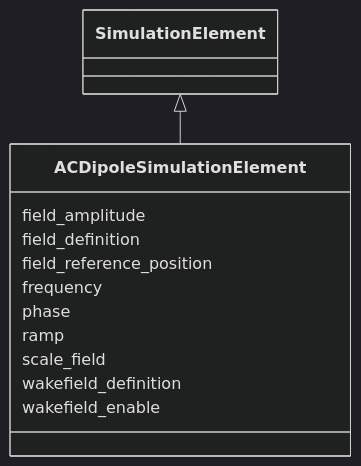
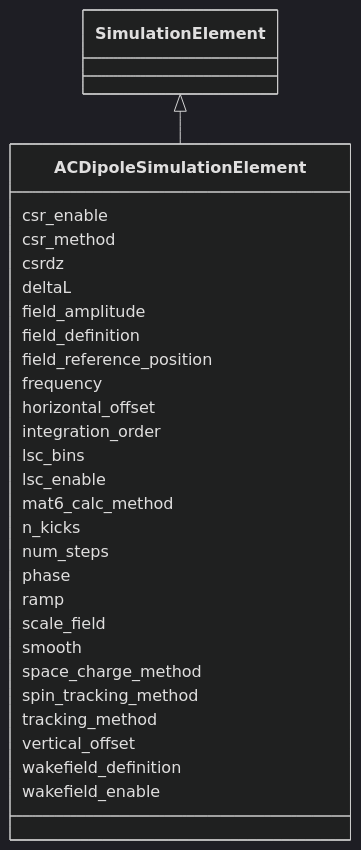
One commit to astec-stfc/laura changed the diagram in docs/source/schema/ACDipoleSimulationElement.md. Above: the diagram before and after it, drawn with Mermaid (dark theme). The commit also changed other lines of this file and 63 other files, not shown here.

Commit message:
updatedn schema to consolidate SimulationElement parameters that were shared among subclasses; implemented tracking methods for bmad

````diff
--- a/docs/source/schema/ACDipoleSimulationElement.md
+++ b/docs/source/schema/ACDipoleSimulationElement.md
@@ -18,27 +18,59 @@
 ```mermaid
  classDiagram
     class ACDipoleSimulationElement
     click ACDipoleSimulationElement href "../ACDipoleSimulationElement/"
       SimulationElement <|-- ACDipoleSimulationElement
         click SimulationElement href "../SimulationElement/"
-      
+
+      ACDipoleSimulationElement : csr_enable
+
+      ACDipoleSimulationElement : csr_method
+
+      ACDipoleSimulationElement : csrdz
+
+      ACDipoleSimulationElement : deltaL
+
       ACDipoleSimulationElement : field_amplitude
-        
+
       ACDipoleSimulationElement : field_definition
-        
+
       ACDipoleSimulationElement : field_reference_position
-        
+
       ACDipoleSimulationElement : frequency
-        
+
+      ACDipoleSimulationElement : horizontal_offset
+
+      ACDipoleSimulationElement : integration_order
+
+      ACDipoleSimulationElement : lsc_bins
+
+      ACDipoleSimulationElement : lsc_enable
+
+      ACDipoleSimulationElement : mat6_calc_method
+
+      ACDipoleSimulationElement : n_kicks
+
+      ACDipoleSimulationElement : num_steps
+
       ACDipoleSimulationElement : phase
-        
+
       ACDipoleSimulationElement : ramp
-        
+
       ACDipoleSimulationElement : scale_field
-        
+
+      ACDipoleSimulationElement : smooth
+
+      ACDipoleSimulationElement : space_charge_method
+
+      ACDipoleSimulationElement : spin_tracking_method
+
+      ACDipoleSimulationElement : tracking_method
+
+      ACDipoleSimulationElement : vertical_offset
+
       ACDipoleSimulationElement : wakefield_definition
-        
+
       ACDipoleSimulationElement : wakefield_enable
-        
-      
+
+
 ```
````
